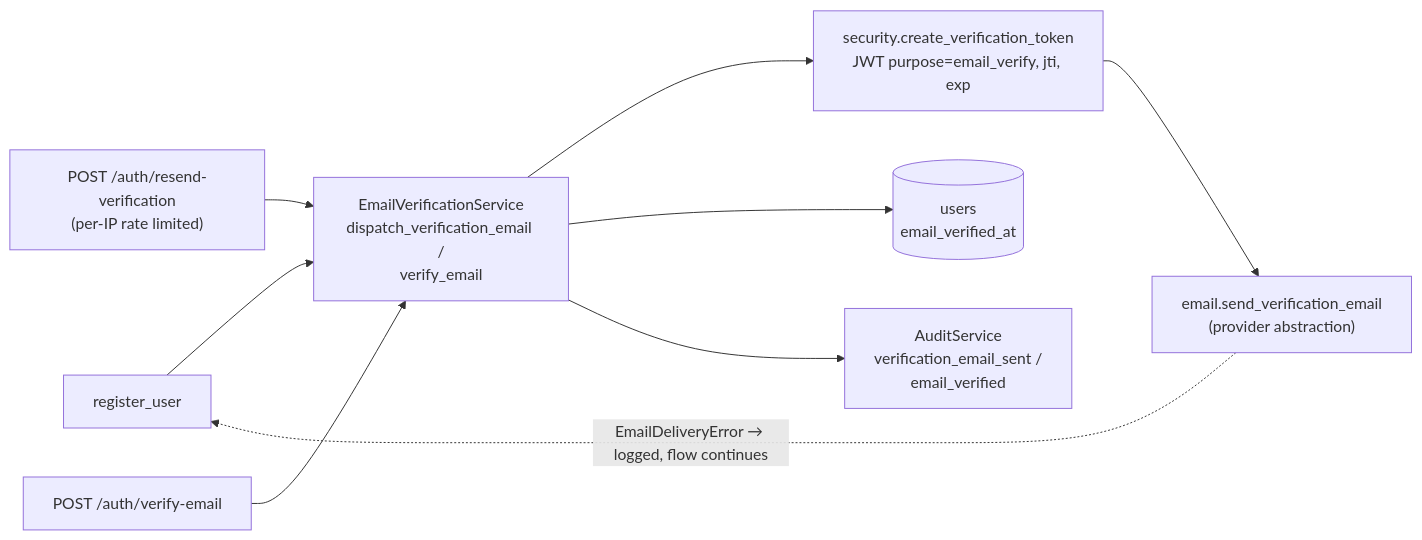
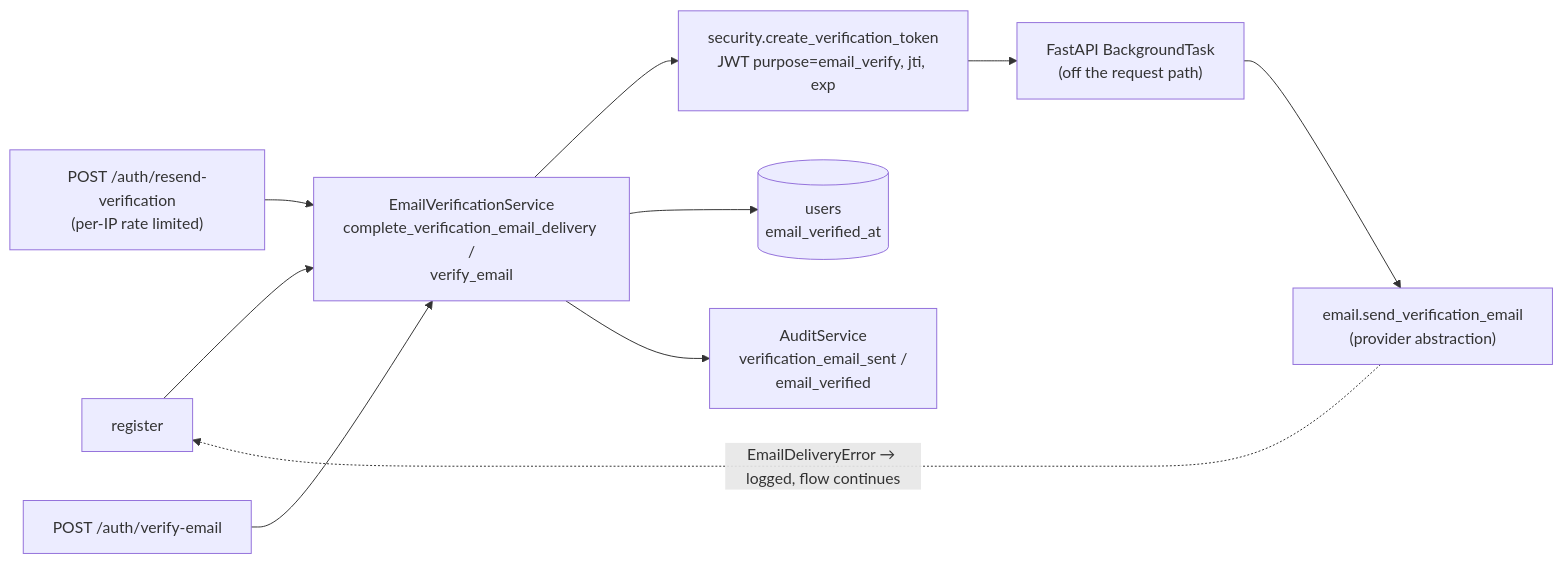
Before and after one commit to Subhajitdas99/waste-iq: the tenth of 15 diagrams in docs/SYSTEM_ARCHITECTURE.md, drawn with Mermaid. The commit also changed other lines of this file and 8 other files, not shown here.

Commit message:
feat(jobs): add background email dispatch

````diff
--- a/docs/SYSTEM_ARCHITECTURE.md
+++ b/docs/SYSTEM_ARCHITECTURE.md
@@ -464,17 +464,18 @@
 ```mermaid
 flowchart LR
-    REG["register_user"]
+    REG["register"]
     RESEND["POST /auth/resend-verification\n(per-IP rate limited)"]
-    SVC["EmailVerificationService\ndispatch_verification_email /\nverify_email"]
+    SVC["EmailVerificationService\ncomplete_verification_email_delivery /\nverify_email"]
     SEC["security.create_verification_token\nJWT purpose=email_verify, jti, exp"]
     MAIL["email.send_verification_email\n(provider abstraction)"]
     AUD["AuditService\nverification_email_sent /\nemail_verified"]
     VERIFY["POST /auth/verify-email"]
     DB[(users\nemail_verified_at)]
+    BG["FastAPI BackgroundTask\n(off the request path)"]
 
-    REG --> SVC --> SEC --> MAIL
+    REG --> SVC --> SEC --> BG --> MAIL
     RESEND --> SVC
     VERIFY --> SVC --> DB
     SVC --> AUD
     MAIL -. "EmailDeliveryError → logged, flow continues" .-> REG
 ```
````
